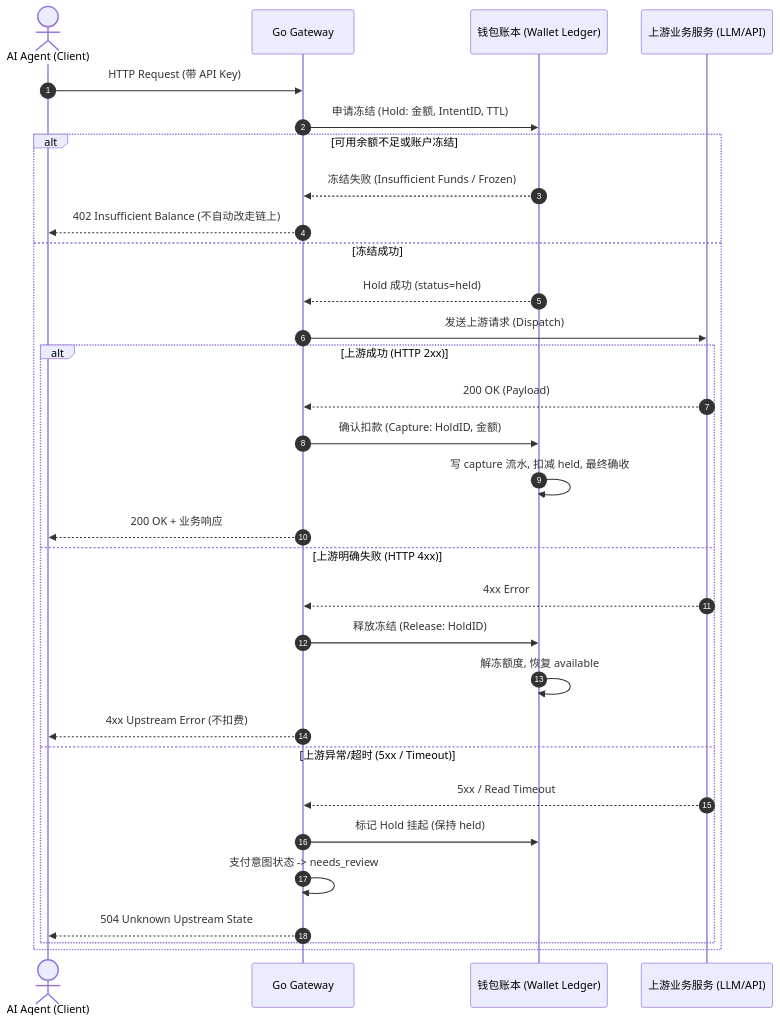
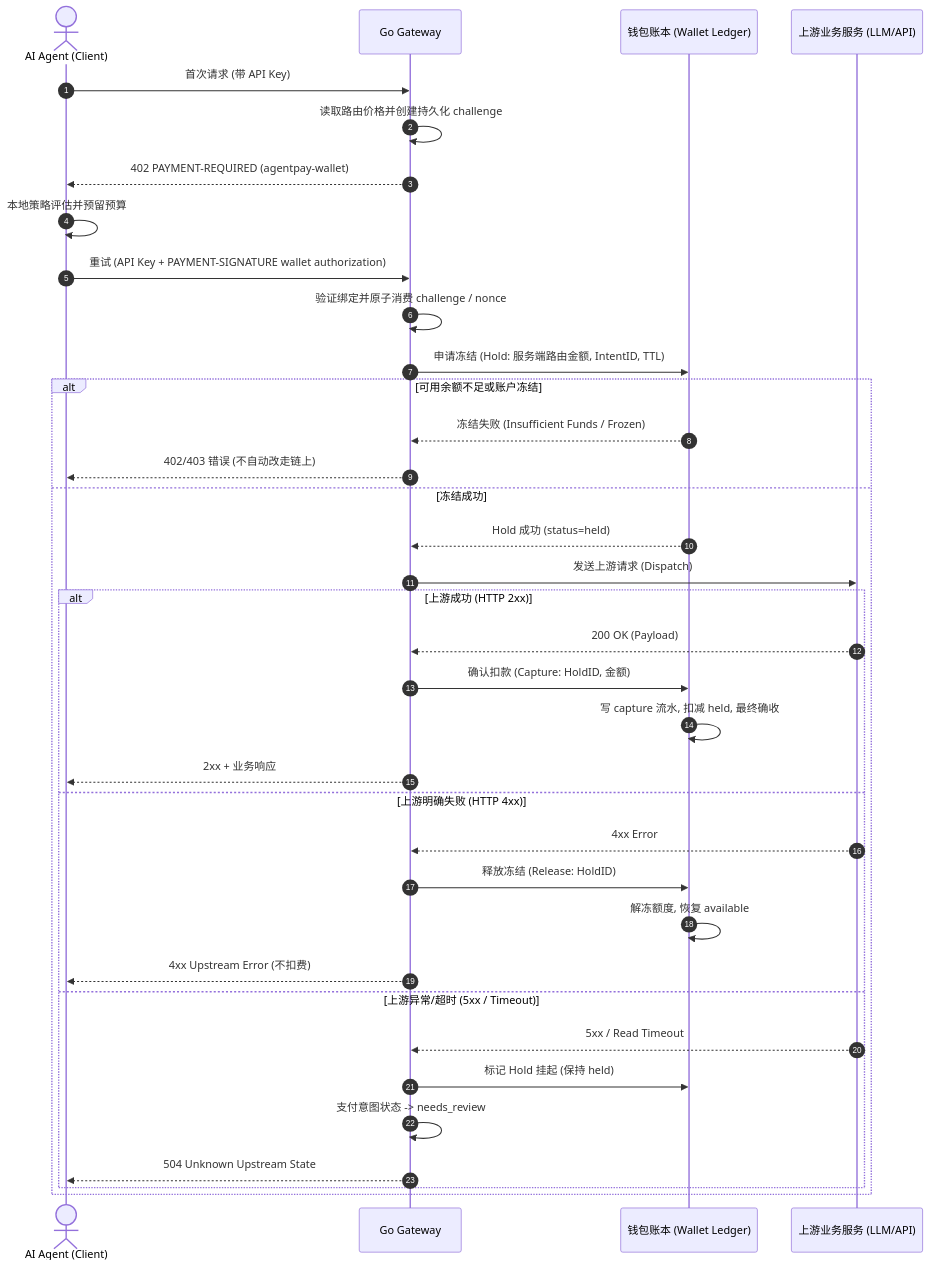
One commit to open-agentpay/AgentPay changed the diagram in specs/wallet-ledger-spec.md. Above: the diagram before and after it, drawn with Mermaid. The commit also changed other lines of this file and 45 other files, not shown here.

Commit message:
feat: add wallet price challenge flow

````diff
--- a/specs/wallet-ledger-spec.md
+++ b/specs/wallet-ledger-spec.md
@@ -121,34 +121,39 @@
 ```mermaid
 sequenceDiagram
     autonumber
     actor Client as AI Agent (Client)
     participant GW as Go Gateway
     participant WL as 钱包账本 (Wallet Ledger)
     participant UP as 上游业务服务 (LLM/API)
 
-    Client->>GW: HTTP Request (带 API Key)
-    GW->>WL: 申请冻结 (Hold: 金额, IntentID, TTL)
+    Client->>GW: 首次请求 (带 API Key)
+    GW->>GW: 读取路由价格并创建持久化 challenge
+    GW-->>Client: 402 PAYMENT-REQUIRED (agentpay-wallet)
+    Client->>Client: 本地策略评估并预留预算
+    Client->>GW: 重试 (API Key + PAYMENT-SIGNATURE wallet authorization)
+    GW->>GW: 验证绑定并原子消费 challenge / nonce
+    GW->>WL: 申请冻结 (Hold: 服务端路由金额, IntentID, TTL)
     alt 可用余额不足或账户冻结
         WL-->>GW: 冻结失败 (Insufficient Funds / Frozen)
-        GW-->>Client: 402 Insufficient Balance (不自动改走链上)
+        GW-->>Client: 402/403 错误 (不自动改走链上)
     else 冻结成功
         WL-->>GW: Hold 成功 (status=held)
         GW->>UP: 发送上游请求 (Dispatch)
         alt 上游成功 (HTTP 2xx)
             UP-->>GW: 200 OK (Payload)
             GW->>WL: 确认扣款 (Capture: HoldID, 金额)
             WL->>WL: 写 capture 流水, 扣减 held, 最终确收
-            GW-->>Client: 200 OK + 业务响应
+            GW-->>Client: 2xx + 业务响应
         else 上游明确失败 (HTTP 4xx)
             UP-->>GW: 4xx Error
             GW->>WL: 释放冻结 (Release: HoldID)
             WL->>WL: 解冻额度, 恢复 available
             GW-->>Client: 4xx Upstream Error (不扣费)
         else 上游异常/超时 (5xx / Timeout)
             UP-->>GW: 5xx / Read Timeout
             GW->>WL: 标记 Hold 挂起 (保持 held)
             GW->>GW: 支付意图状态 -> needs_review
             GW-->>Client: 504 Unknown Upstream State
         end
     end
 ```
````
